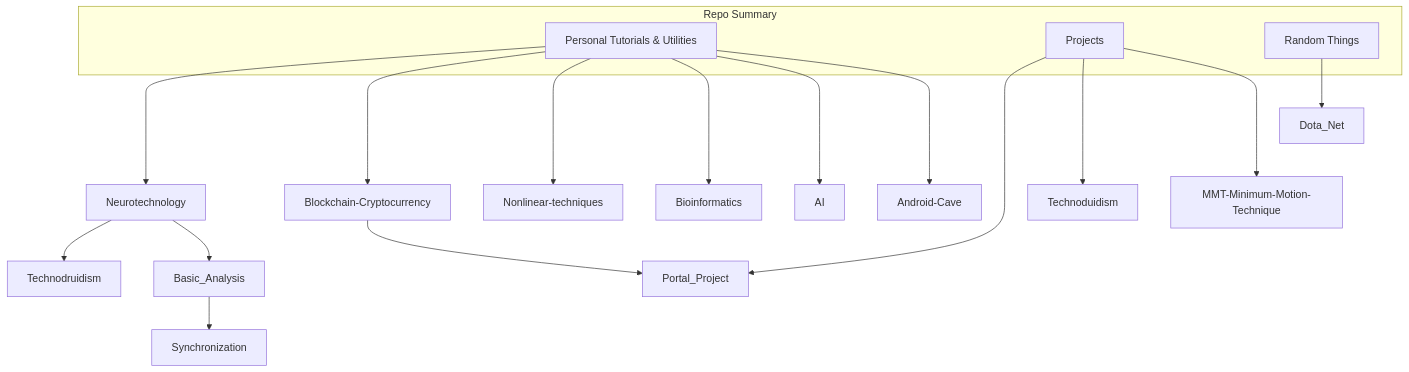
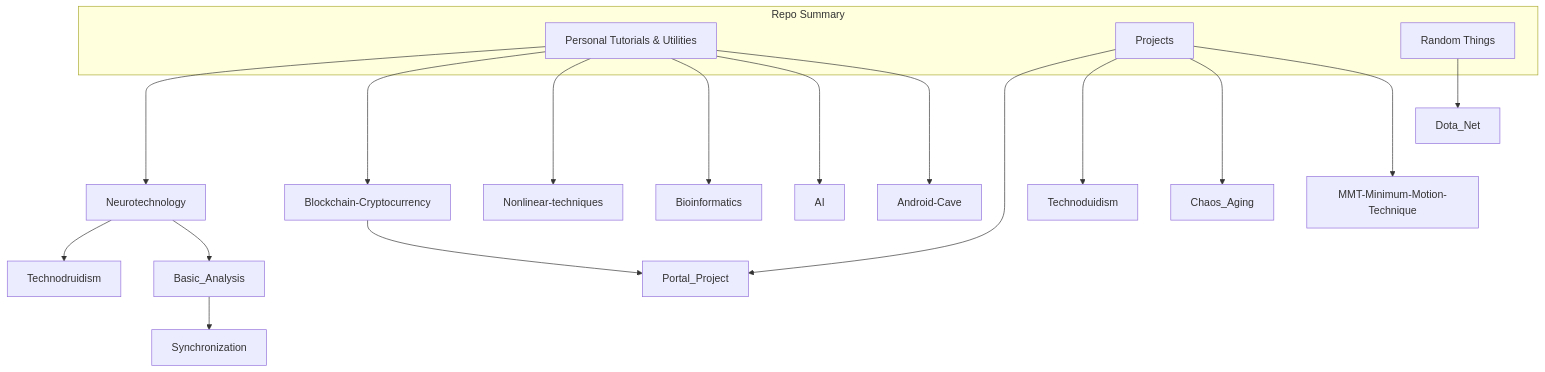
The diagram in README.md (will-bc/will-bc), drawn with Mermaid before and after one commit.

````diff
--- a/README.md
+++ b/README.md
@@ -33,26 +33,27 @@
 ```mermaid
 
  graph TB
     
  subgraph  Repo Summary
 
     A[Personal Tutorials & Utilities] & B[Projects] & C[Random Things]
    
     end
 
  A---> Neurotechnology
  A---> Blockchain-Cryptocurrency
  A---> Nonlinear-techniques
  A---> Bioinformatics
  A---> AI
  A---> Android-Cave 
  Blockchain-Cryptocurrency --> Portal_Project
  Neurotechnology --> Technodruidism
  Neurotechnology --> Basic_Analysis
  Basic_Analysis --> Synchronization
  B--->Portal_Project
  B---> Technoduidism
+ B---> Chaos_Aging
  B---> MMT-Minimum-Motion-Technique
  C--> Dota_Net
     
  ```
````
